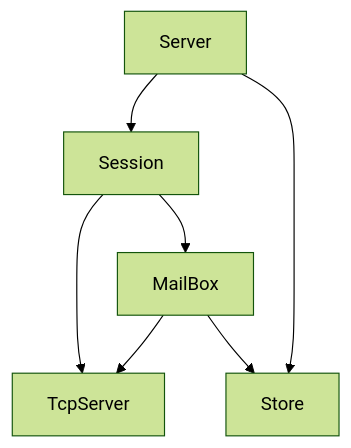
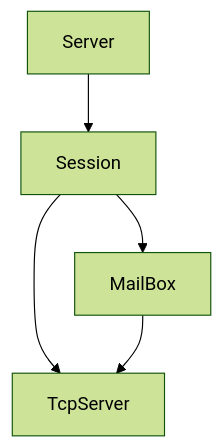
The diagram in README.md (Kidr1cE/AlIM), drawn with Mermaid (forest theme) before and after one commit. The commit also changed other lines of this file, not shown here.

````diff
--- a/README.md
+++ b/README.md
@@ -14,10 +14,8 @@
 ```mermaid
     flowchart TD
         Server --> Session
         Session --> TcpServer
         MailBox --> TcpServer
         Session --> MailBox
 
-        Server --> Store
-        MailBox --> Store
 ```
````
